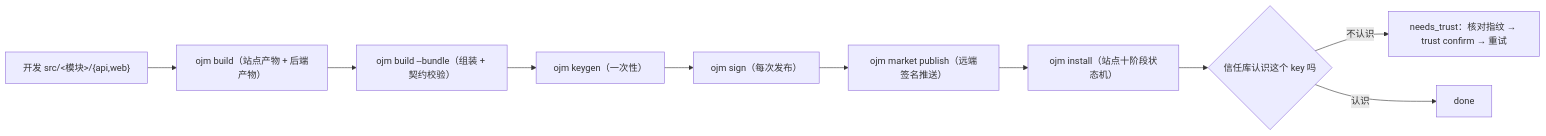
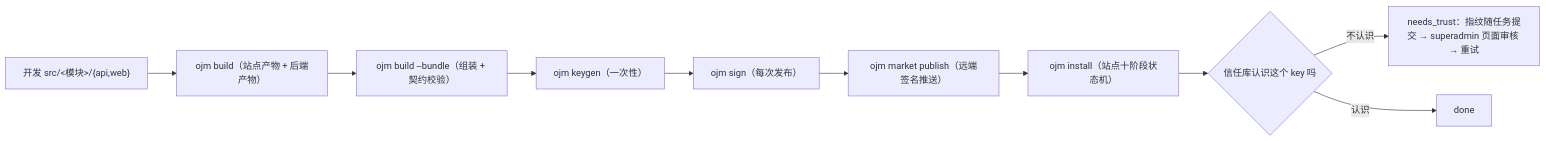
One commit to everpan/oj-module changed the diagram in docs/guides/solution-dev-build-publish.md. Above: the diagram before and after it, drawn with Mermaid. The commit also changed other lines of this file and 16 other files, not shown here.

First line of the commit message:
feat(cli): 首装 needs_trust 改页面审核口径，不再逐字核对指纹/CLI confirm

````diff
--- a/docs/guides/solution-dev-build-publish.md
+++ b/docs/guides/solution-dev-build-publish.md
@@ -11,12 +11,12 @@
 ```mermaid
 flowchart LR
   A["开发 src/<模块>/{api,web}"] --> B["ojm build（站点产物 + 后端产物）"]
   B --> C["ojm build --bundle（组装 + 契约校验）"]
   C --> D["ojm keygen（一次性）"]
   D --> E["ojm sign（每次发布）"]
   E --> F["ojm market publish（远端签名推送）"]
   F --> G["ojm install（站点十阶段状态机）"]
   G --> H{"信任库认识这个 key 吗"}
-  H -->|"不认识"| I["needs_trust：核对指纹 → trust confirm → 重试"]
+  H -->|"不认识"| I["needs_trust：指纹随任务提交 → superadmin 页面审核 → 重试"]
   H -->|"认识"| J["done"]
 ```
````
